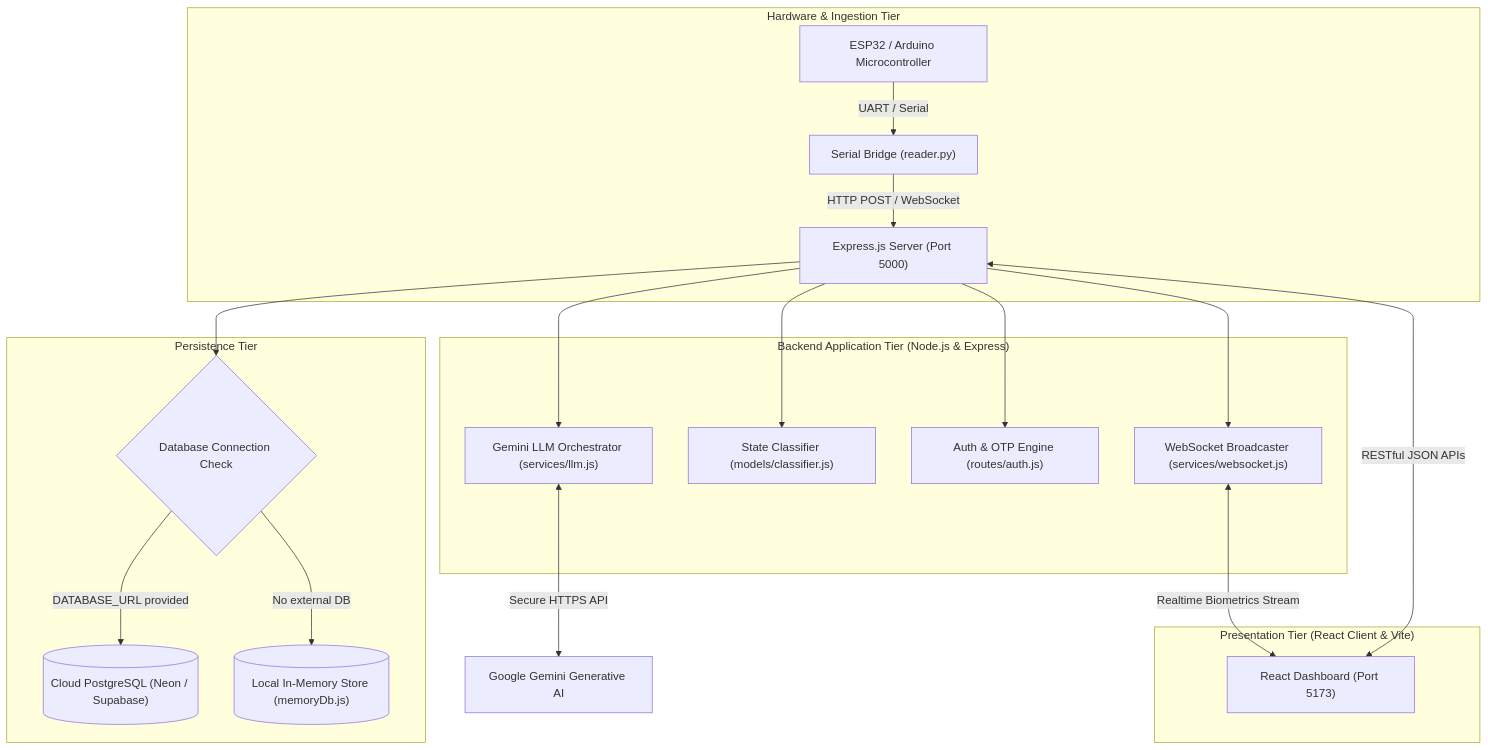
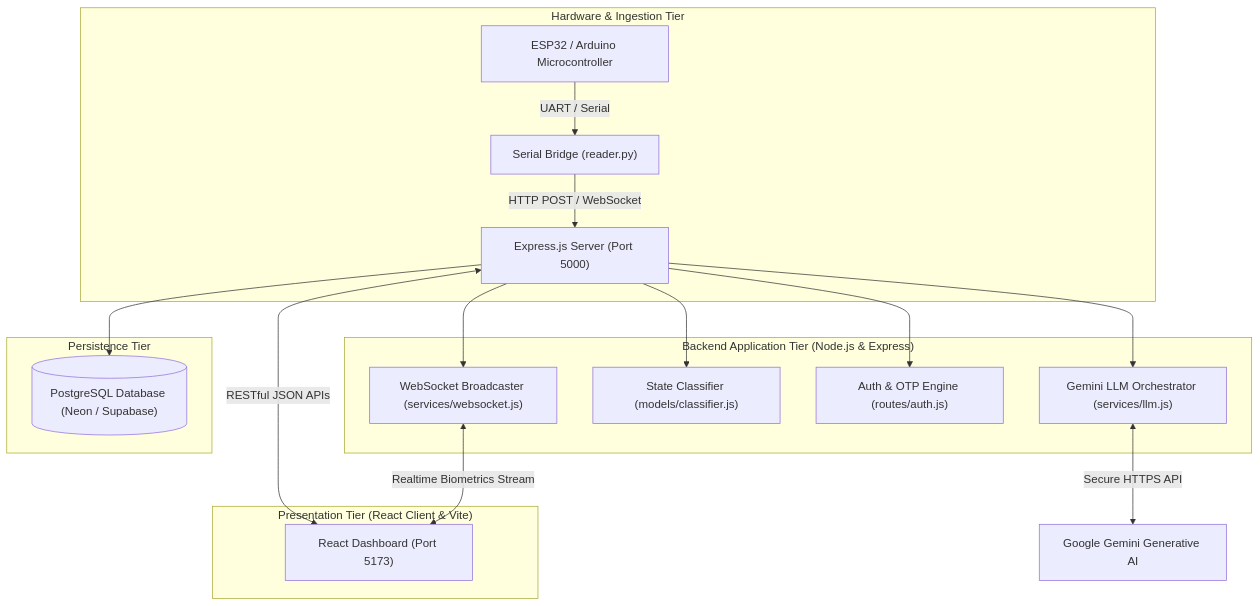
The diagram in README.md (AnirbanSarkar225/Mind-health), drawn with Mermaid before and after one commit. The commit also changed other lines of this file, not shown here.

Commit message:
style: remove emojis and standardize database references to PostgreSQL

````diff
--- a/README.md
+++ b/README.md
@@ -35,28 +35,25 @@
 ```mermaid
 flowchart TD
     subgraph Hardware_Tier["Hardware & Ingestion Tier"]
         ESP["ESP32 / Arduino Microcontroller"] -->|"UART / Serial"| RB["Serial Bridge (reader.py)"]
         RB -->|"HTTP POST / WebSocket"| SVR["Express.js Server (Port 5000)"]
     end
 
     subgraph Backend_Tier["Backend Application Tier (Node.js & Express)"]
         SVR --> WS["WebSocket Broadcaster (services/websocket.js)"]
         SVR --> MC["State Classifier (models/classifier.js)"]
         SVR --> AR["Auth & OTP Engine (routes/auth.js)"]
         SVR --> LLM["Gemini LLM Orchestrator (services/llm.js)"]
     end
 
     subgraph Storage_Tier["Persistence Tier"]
-        DB_SW{"Database Connection Check"}
-        SVR --> DB_SW
-        DB_SW -->|"DATABASE_URL provided"| PG[("Cloud PostgreSQL (Neon / Supabase)")]
-        DB_SW -->|"No external DB"| MEM[("Local In-Memory Store (memoryDb.js)")]
+        SVR --> PG[("PostgreSQL Database (Neon / Supabase)")]
     end
 
     subgraph Client_Tier["Presentation Tier (React Client & Vite)"]
         WS <-->|"Realtime Biometrics Stream"| RC["React Dashboard (Port 5173)"]
         RC <-->|"RESTful JSON APIs"| SVR
     end
 
     LLM <-->|"Secure HTTPS API"| GEMINI["Google Gemini Generative AI"]
 ```
````
